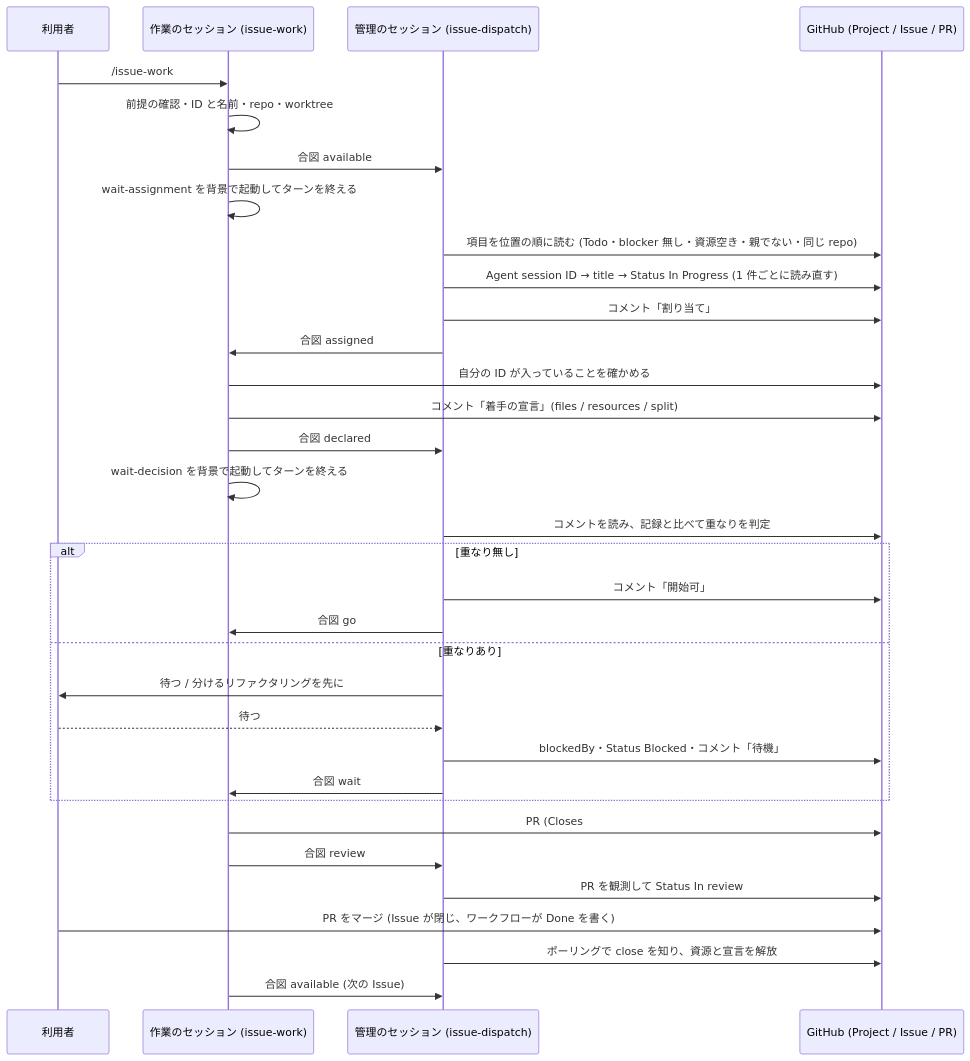
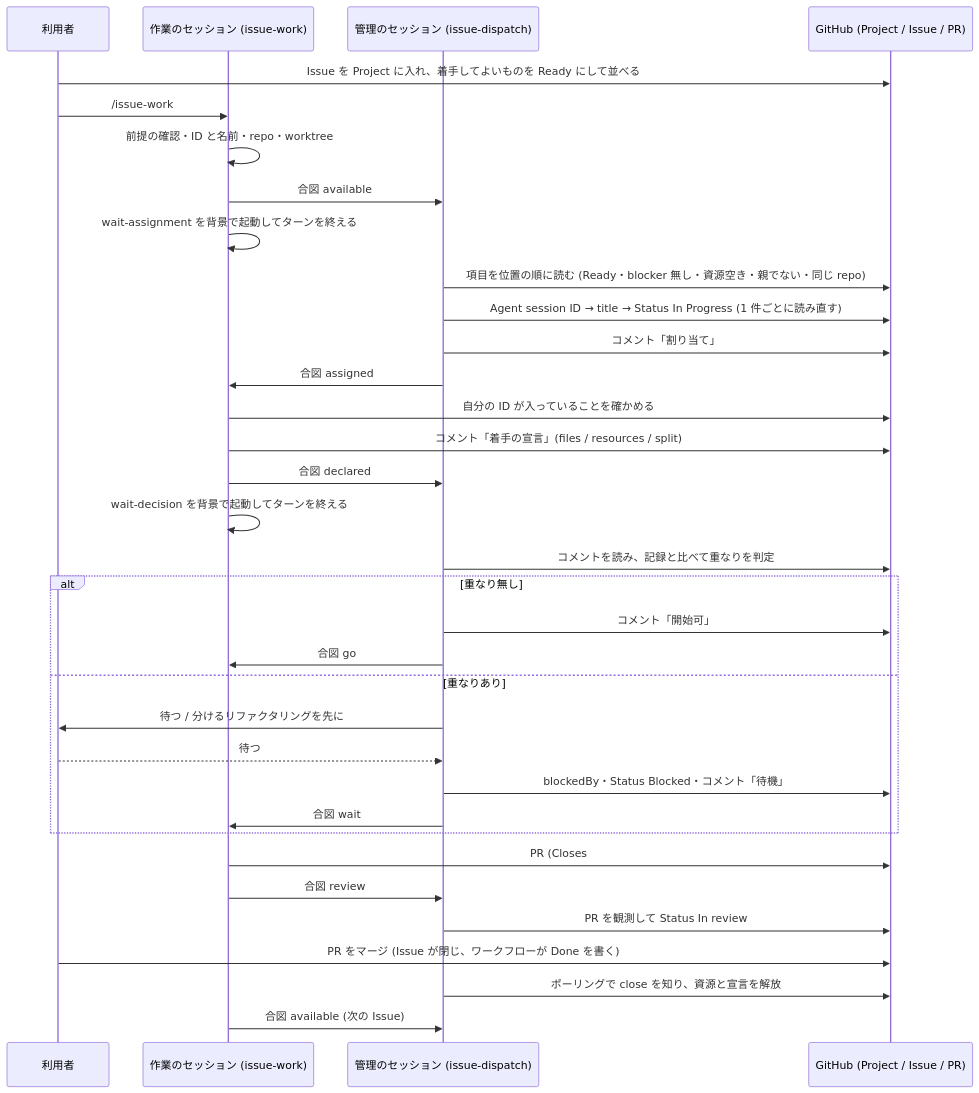
Before and after one commit to akm/claude-plugins: the first of 3 diagrams in docs/plans/2026-10-06-2025-feat-issue-dispatch-plan.md, drawn with Mermaid. The commit also changed other lines of this file, not shown here.

First line of the commit message:
📝 docs(plans): issue-dispatch の割り当ての対象を、利用者が Status を Ready にした項目だけにする (#114)

````diff
--- a/docs/plans/2026-10-06-2025-feat-issue-dispatch-plan.md
+++ b/docs/plans/2026-10-06-2025-feat-issue-dispatch-plan.md
@@ -462,36 +464,37 @@
 ```mermaid
 sequenceDiagram
   participant U as 利用者
   participant W as 作業のセッション (issue-work)
   participant M as 管理のセッション (issue-dispatch)
   participant G as GitHub (Project / Issue / PR)
 
+  U->>G: Issue を Project に入れ、着手してよいものを Ready にして並べる
   U->>W: /issue-work
   W->>W: 前提の確認・ID と名前・repo・worktree
   W->>M: 合図 available
   W->>W: wait-assignment を背景で起動してターンを終える
-  M->>G: 項目を位置の順に読む (Todo・blocker 無し・資源空き・親でない・同じ repo)
+  M->>G: 項目を位置の順に読む (Ready・blocker 無し・資源空き・親でない・同じ repo)
   M->>G: Agent session ID → title → Status In Progress (1 件ごとに読み直す)
   M->>G: コメント「割り当て」
   M->>W: 合図 assigned
   W->>G: 自分の ID が入っていることを確かめる
   W->>G: コメント「着手の宣言」(files / resources / split)
   W->>M: 合図 declared
   W->>W: wait-decision を背景で起動してターンを終える
   M->>G: コメントを読み、記録と比べて重なりを判定
   alt 重なり無し
     M->>G: コメント「開始可」
     M->>W: 合図 go
   else 重なりあり
     M->>U: 待つ / 分けるリファクタリングを先に
     U-->>M: 待つ
     M->>G: blockedBy・Status Blocked・コメント「待機」
     M->>W: 合図 wait
   end
   W->>G: PR (Closes #N) を作り ready for review にする
   W->>M: 合図 review
   M->>G: PR を観測して Status In review
   U->>G: PR をマージ (Issue が閉じ、ワークフローが Done を書く)
   M->>G: ポーリングで close を知り、資源と宣言を解放
   W->>M: 合図 available (次の Issue)
 ```
````
